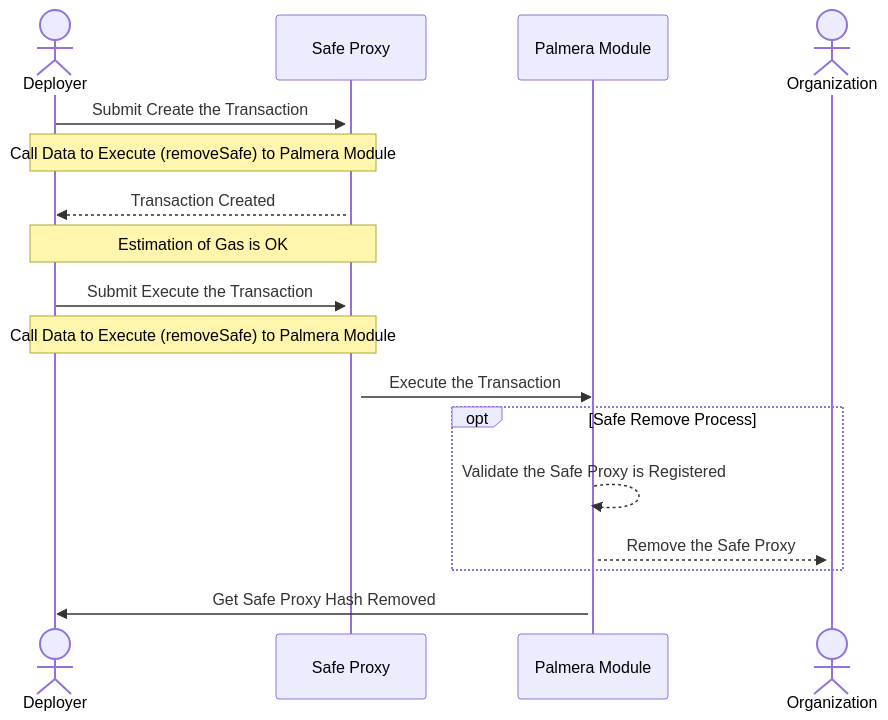
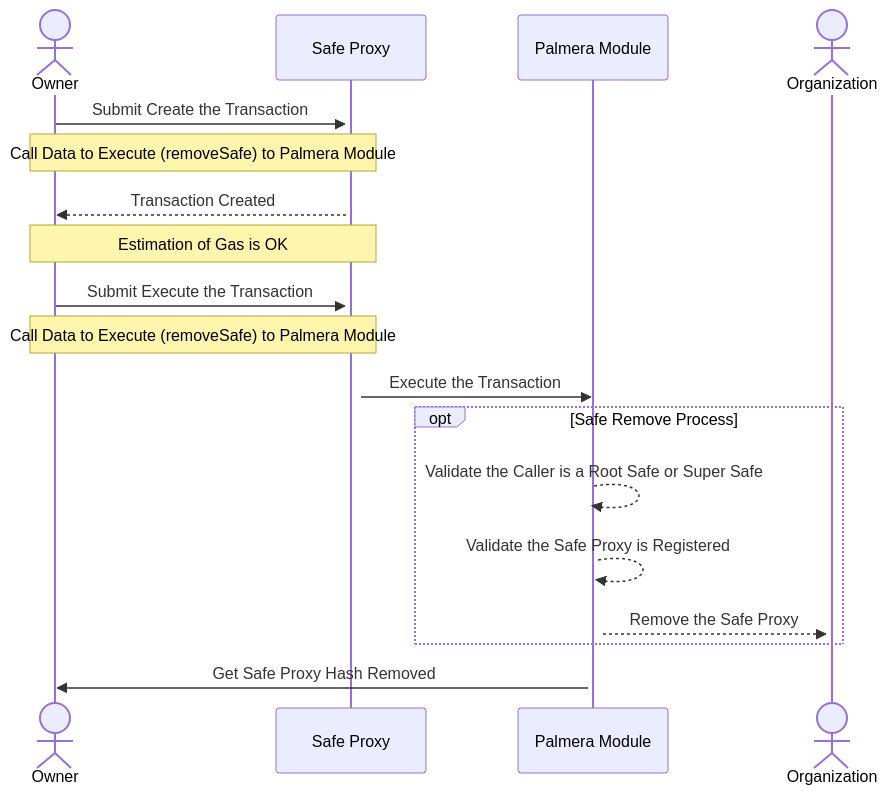
One commit to keyper-labs/PalmeraModule changed the sixth of 8 diagrams in doc/diagram/General Overview of Diagram.md. Above: the diagram before and after it, drawn with Mermaid. The commit also changed other lines of this file, not shown here.

Commit message:
ADD: add more diagrams

````diff
--- a/doc/diagram/General Overview of Diagram.md
+++ b/doc/diagram/General Overview of Diagram.md
@@ -184,20 +186,21 @@
 ```mermaid
 sequenceDiagram
-    actor D as Deployer
+    actor OW as Owner
     participant S as Safe Proxy
-    participant M as Palmera Module
+    participant PM as Palmera Module
     actor O as Organization
 
-    D->>+S: Submit Create the Transaction 
-    Note over D,S: Call Data to Execute (removeSafe) to Palmera Module
-    S-->>D: Transaction Created
-    Note over D,S: Estimation of Gas is OK
-    D->>+S: Submit Execute the Transaction
-    Note over D,S: Call Data to Execute (removeSafe) to Palmera Module
-    S->>M: Execute the Transaction
+    OW->>+S: Submit Create the Transaction 
+    Note over OW,S: Call Data to Execute (removeSafe) to Palmera Module
+    S-->>OW: Transaction Created
+    Note over OW,S: Estimation of Gas is OK
+    OW->>+S: Submit Execute the Transaction
+    Note over OW,S: Call Data to Execute (removeSafe) to Palmera Module
+    S->>PM: Execute the Transaction
     opt Safe Remove Process
-        M-->>+M: Validate the Safe Proxy is Registered
-        M-->>+O: Remove the Safe Proxy
+        PM-->>+PM: Validate the Caller is a Root Safe or Super Safe
+        PM-->>+PM: Validate the Safe Proxy is Registered
+        PM-->>+O: Remove the Safe Proxy
     end
-    M->>D: Get Safe Proxy Hash Removed
+    PM->>OW: Get Safe Proxy Hash Removed
 ```
````
